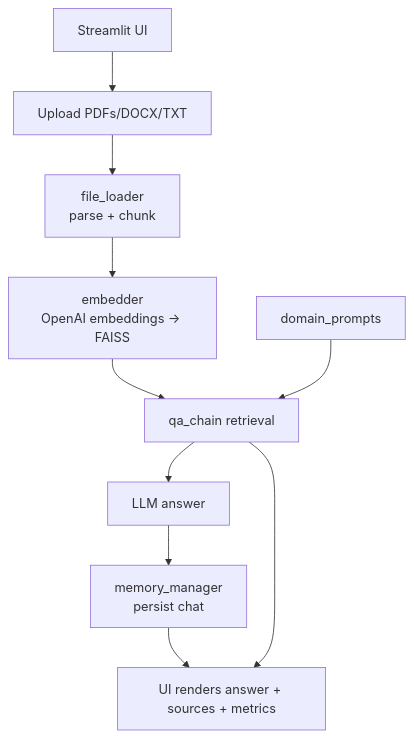
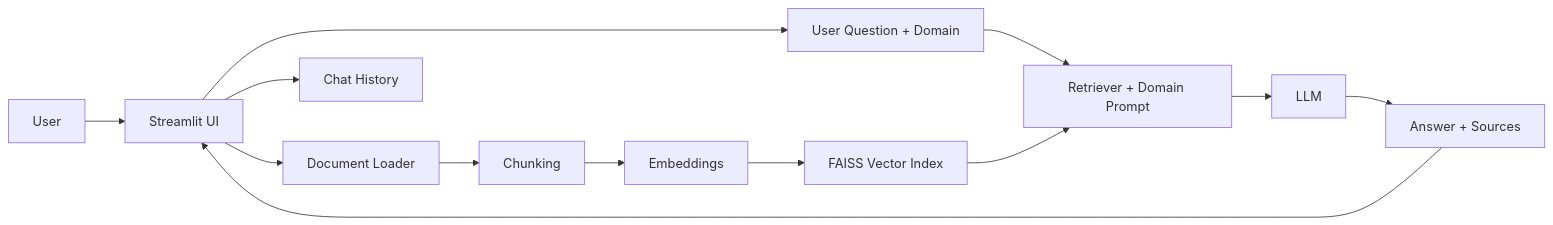
The diagram in README.md (SidIos25/BrainDoc), drawn with Mermaid before and after one commit. The commit also changed other lines of this file and 13 other files, not shown here.

````diff
--- a/README.md
+++ b/README.md
@@ -25,12 +22,15 @@
 ```mermaid
-flowchart TD
-	UI[Streamlit UI] --> Upload[Upload PDFs/DOCX/TXT]
-	Upload --> Loader[file_loader<br/>parse + chunk]
-	Loader --> Embedder[embedder<br/>OpenAI embeddings → FAISS]
-	Embedder --> Retriever[qa_chain retrieval]
-	Domain[domain_prompts] --> Retriever
-	Retriever --> LLM[LLM answer]
-	LLM --> Memory[memory_manager<br/>persist chat]
-	Memory --> Render[UI renders answer + sources + metrics]
-	Retriever --> Render
+flowchart LR
+	U[User] --> UI[Streamlit UI]
+	UI --> L[Document Loader]
+	L --> C[Chunking]
+	C --> E[Embeddings]
+	E --> V[FAISS Vector Index]
+	UI --> Q[User Question + Domain]
+	Q --> R[Retriever + Domain Prompt]
+	V --> R
+	R --> M[LLM]
+	M --> A[Answer + Sources]
+	A --> UI
+	UI --> H[Chat History]
 ```
````
